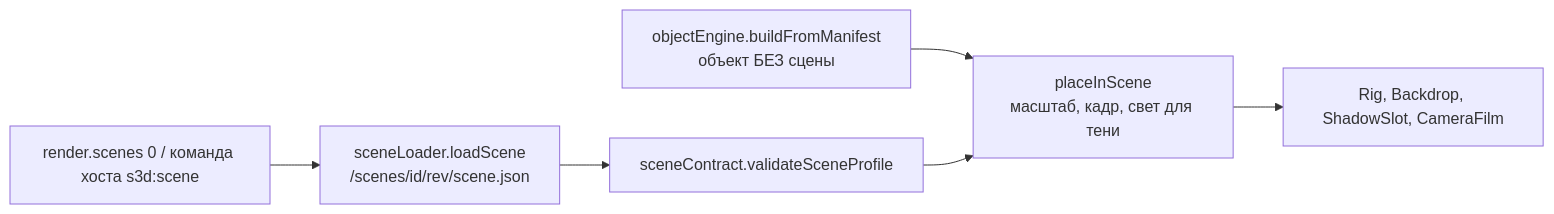
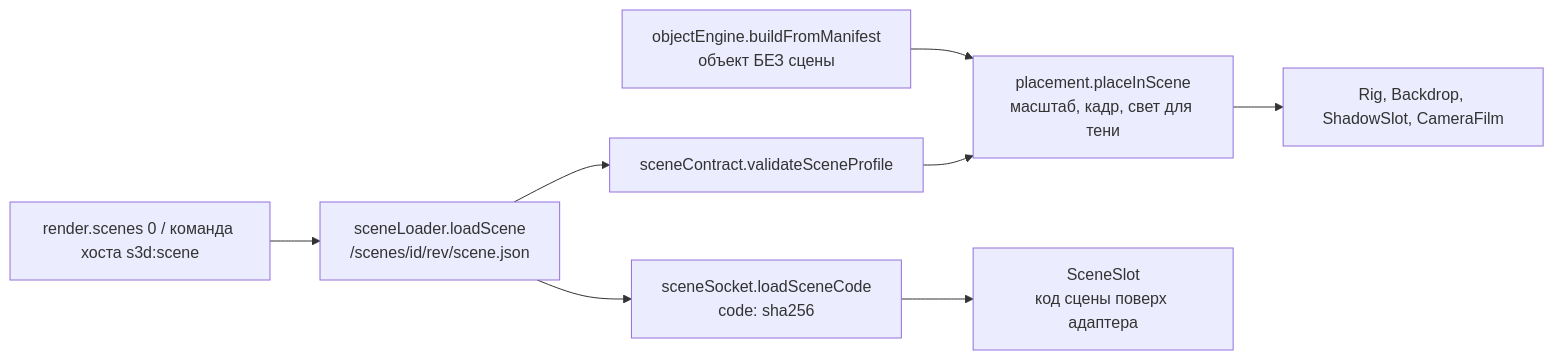
One commit to nicsosin-progovori/s-3dlabs-demo changed the first of 2 diagrams in docs/architecture/04-scene.md. Above: the diagram before and after it, drawn with Mermaid. The commit also changed other lines of this file and 16 other files, not shown here.

Commit message:
[#4] Scenf could have its own code and be injected to the slot

````diff
--- a/docs/architecture/04-scene.md
+++ b/docs/architecture/04-scene.md
@@ -44,7 +44,8 @@
 ```mermaid
 flowchart LR
-  O[objectEngine.buildFromManifest<br/>объект БЕЗ сцены] --> P[placeInScene<br/>масштаб, кадр, свет для тени]
+  O[objectEngine.buildFromManifest<br/>объект БЕЗ сцены] --> P[placement.placeInScene<br/>масштаб, кадр, свет для тени]
   K[render.scenes 0 / команда хоста s3d:scene] --> L[sceneLoader.loadScene<br/>/scenes/id/rev/scene.json]
   L --> V[sceneContract.validateSceneProfile] --> P
   P --> R[Rig, Backdrop, ShadowSlot, CameraFilm]
+  L --> C[sceneSocket.loadSceneCode<br/>code: sha256] --> S[SceneSlot<br/>код сцены поверх адаптера]
 ```
````
